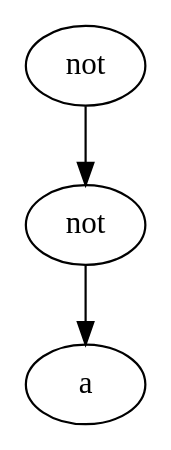
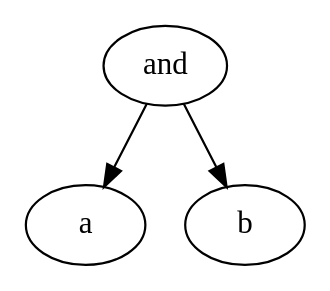
Before and after one commit to DaminovN/MT-labs: the diagram in src/output.dot, drawn with Graphviz. The commit also changed 43 other files, not shown here.

```diff
--- a/src/output.dot
+++ b/src/output.dot
@@ -1,7 +1,7 @@
 digraph Tree {
-0 [label="not"];
-1 [label="not"];
+0 [label="and"];
+1 [label="a"];
 0 -> {1};
-2 [label="a"];
-1 -> {2};
+2 [label="b"];
+0 -> {2};
 }
```
